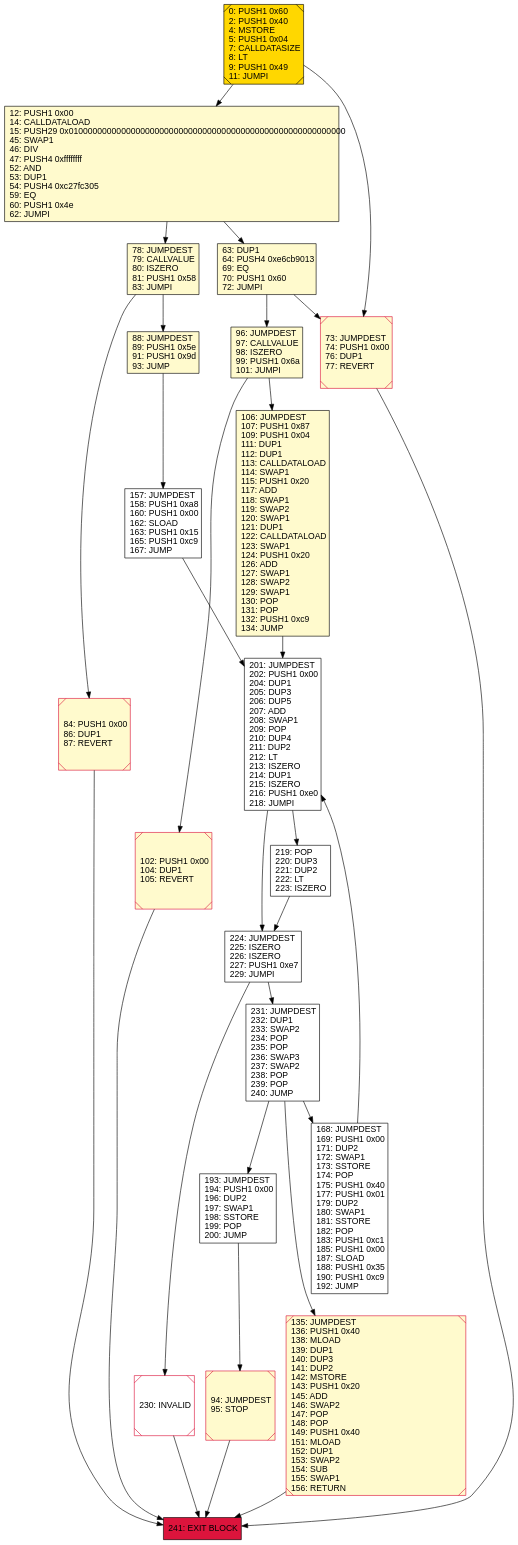
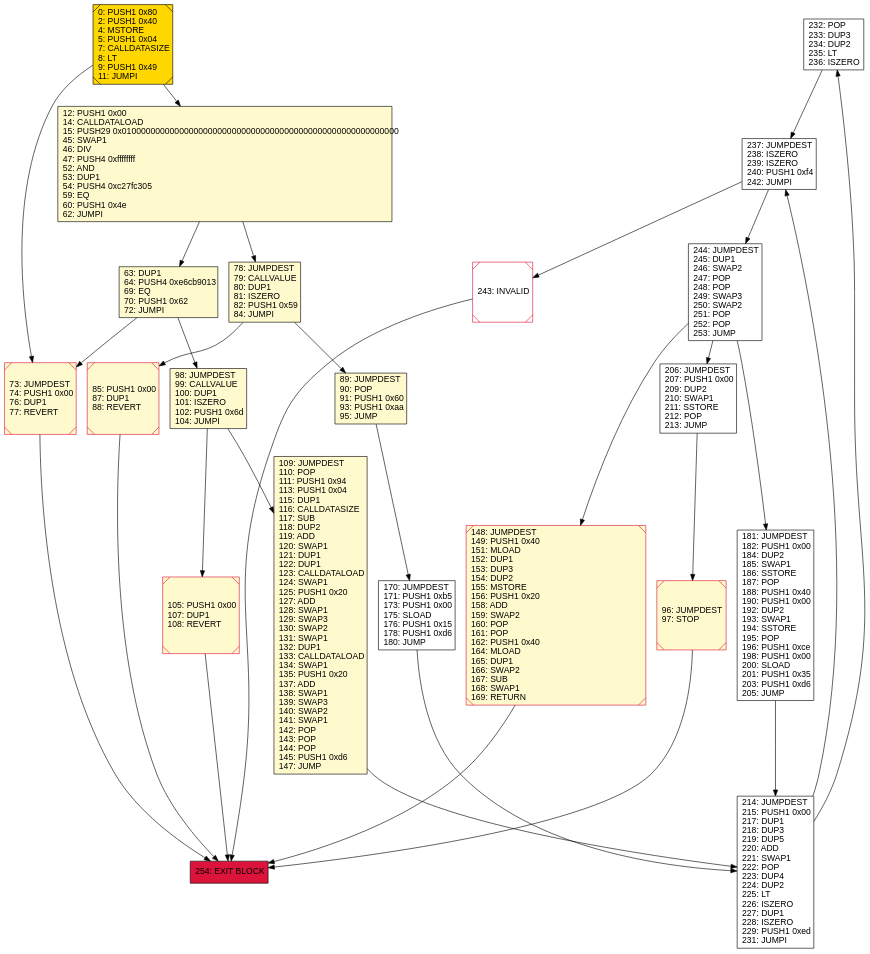
One commit to Michael-LiangAnze/iEvmOpt changed the diagram in iEvmOpt/Cfg/CfgOutput/assertExample_cfg.gv. Above: the diagram before and after it, drawn with Graphviz. The commit also changed 15 other files, not shown here.

```diff
--- a/iEvmOpt/Cfg/CfgOutput/assertExample_cfg.gv
+++ b/iEvmOpt/Cfg/CfgOutput/assertExample_cfg.gv
@@ -1,54 +1,54 @@
 digraph G {
 bgcolor=transparent rankdir=UD;
 node [shape=box style=filled color=black fillcolor=white fontname=arial fontcolor=black];
-201 [label="201: JUMPDEST\l202: PUSH1 0x00\l204: DUP1\l205: DUP3\l206: DUP5\l207: ADD\l208: SWAP1\l209: POP\l210: DUP4\l211: DUP2\l212: LT\l213: ISZERO\l214: DUP1\l215: ISZERO\l216: PUSH1 0xe0\l218: JUMPI\l" ];
-157 [label="157: JUMPDEST\l158: PUSH1 0xa8\l160: PUSH1 0x00\l162: SLOAD\l163: PUSH1 0x15\l165: PUSH1 0xc9\l167: JUMP\l" ];
-102 [label="102: PUSH1 0x00\l104: DUP1\l105: REVERT\l" fillcolor=lemonchiffon shape=Msquare color=crimson ];
-224 [label="224: JUMPDEST\l225: ISZERO\l226: ISZERO\l227: PUSH1 0xe7\l229: JUMPI\l" ];
-94 [label="94: JUMPDEST\l95: STOP\l" fillcolor=lemonchiffon shape=Msquare color=crimson ];
-231 [label="231: JUMPDEST\l232: DUP1\l233: SWAP2\l234: POP\l235: POP\l236: SWAP3\l237: SWAP2\l238: POP\l239: POP\l240: JUMP\l" ];
+232 [label="232: POP\l233: DUP3\l234: DUP2\l235: LT\l236: ISZERO\l" ];
+170 [label="170: JUMPDEST\l171: PUSH1 0xb5\l173: PUSH1 0x00\l175: SLOAD\l176: PUSH1 0x15\l178: PUSH1 0xd6\l180: JUMP\l" ];
+0 [label="0: PUSH1 0x80\l2: PUSH1 0x40\l4: MSTORE\l5: PUSH1 0x04\l7: CALLDATASIZE\l8: LT\l9: PUSH1 0x49\l11: JUMPI\l" fillcolor=lemonchiffon shape=Msquare fillcolor=gold ];
+181 [label="181: JUMPDEST\l182: PUSH1 0x00\l184: DUP2\l185: SWAP1\l186: SSTORE\l187: POP\l188: PUSH1 0x40\l190: PUSH1 0x00\l192: DUP2\l193: SWAP1\l194: SSTORE\l195: POP\l196: PUSH1 0xce\l198: PUSH1 0x00\l200: SLOAD\l201: PUSH1 0x35\l203: PUSH1 0xd6\l205: JUMP\l" ];
+109 [label="109: JUMPDEST\l110: POP\l111: PUSH1 0x94\l113: PUSH1 0x04\l115: DUP1\l116: CALLDATASIZE\l117: SUB\l118: DUP2\l119: ADD\l120: SWAP1\l121: DUP1\l122: DUP1\l123: CALLDATALOAD\l124: SWAP1\l125: PUSH1 0x20\l127: ADD\l128: SWAP1\l129: SWAP3\l130: SWAP2\l131: SWAP1\l132: DUP1\l133: CALLDATALOAD\l134: SWAP1\l135: PUSH1 0x20\l137: ADD\l138: SWAP1\l139: SWAP3\l140: SWAP2\l141: SWAP1\l142: POP\l143: POP\l144: POP\l145: PUSH1 0xd6\l147: JUMP\l" fillcolor=lemonchiffon ];
+148 [label="148: JUMPDEST\l149: PUSH1 0x40\l151: MLOAD\l152: DUP1\l153: DUP3\l154: DUP2\l155: MSTORE\l156: PUSH1 0x20\l158: ADD\l159: SWAP2\l160: POP\l161: POP\l162: PUSH1 0x40\l164: MLOAD\l165: DUP1\l166: SWAP2\l167: SUB\l168: SWAP1\l169: RETURN\l" fillcolor=lemonchiffon shape=Msquare color=crimson ];
+105 [label="105: PUSH1 0x00\l107: DUP1\l108: REVERT\l" fillcolor=lemonchiffon shape=Msquare color=crimson ];
 73 [label="73: JUMPDEST\l74: PUSH1 0x00\l76: DUP1\l77: REVERT\l" fillcolor=lemonchiffon shape=Msquare color=crimson ];
-0 [label="0: PUSH1 0x60\l2: PUSH1 0x40\l4: MSTORE\l5: PUSH1 0x04\l7: CALLDATASIZE\l8: LT\l9: PUSH1 0x49\l11: JUMPI\l" fillcolor=lemonchiffon shape=Msquare fillcolor=gold ];
-63 [label="63: DUP1\l64: PUSH4 0xe6cb9013\l69: EQ\l70: PUSH1 0x60\l72: JUMPI\l" fillcolor=lemonchiffon ];
-241 [label="241: EXIT BLOCK\l" fillcolor=crimson ];
-219 [label="219: POP\l220: DUP3\l221: DUP2\l222: LT\l223: ISZERO\l" ];
-135 [label="135: JUMPDEST\l136: PUSH1 0x40\l138: MLOAD\l139: DUP1\l140: DUP3\l141: DUP2\l142: MSTORE\l143: PUSH1 0x20\l145: ADD\l146: SWAP2\l147: POP\l148: POP\l149: PUSH1 0x40\l151: MLOAD\l152: DUP1\l153: SWAP2\l154: SUB\l155: SWAP1\l156: RETURN\l" fillcolor=lemonchiffon shape=Msquare color=crimson ];
-84 [label="84: PUSH1 0x00\l86: DUP1\l87: REVERT\l" fillcolor=lemonchiffon shape=Msquare color=crimson ];
+214 [label="214: JUMPDEST\l215: PUSH1 0x00\l217: DUP1\l218: DUP3\l219: DUP5\l220: ADD\l221: SWAP1\l222: POP\l223: DUP4\l224: DUP2\l225: LT\l226: ISZERO\l227: DUP1\l228: ISZERO\l229: PUSH1 0xed\l231: JUMPI\l" ];
+243 [label="243: INVALID\l" shape=Msquare color=crimson ];
+98 [label="98: JUMPDEST\l99: CALLVALUE\l100: DUP1\l101: ISZERO\l102: PUSH1 0x6d\l104: JUMPI\l" fillcolor=lemonchiffon ];
+78 [label="78: JUMPDEST\l79: CALLVALUE\l80: DUP1\l81: ISZERO\l82: PUSH1 0x59\l84: JUMPI\l" fillcolor=lemonchiffon ];
+85 [label="85: PUSH1 0x00\l87: DUP1\l88: REVERT\l" fillcolor=lemonchiffon shape=Msquare color=crimson ];
+96 [label="96: JUMPDEST\l97: STOP\l" fillcolor=lemonchiffon shape=Msquare color=crimson ];
+206 [label="206: JUMPDEST\l207: PUSH1 0x00\l209: DUP2\l210: SWAP1\l211: SSTORE\l212: POP\l213: JUMP\l" ];
 12 [label="12: PUSH1 0x00\l14: CALLDATALOAD\l15: PUSH29 0x0100000000000000000000000000000000000000000000000000000000\l45: SWAP1\l46: DIV\l47: PUSH4 0xffffffff\l52: AND\l53: DUP1\l54: PUSH4 0xc27fc305\l59: EQ\l60: PUSH1 0x4e\l62: JUMPI\l" fillcolor=lemonchiffon ];
-230 [label="230: INVALID\l" shape=Msquare color=crimson ];
-96 [label="96: JUMPDEST\l97: CALLVALUE\l98: ISZERO\l99: PUSH1 0x6a\l101: JUMPI\l" fillcolor=lemonchiffon ];
-88 [label="88: JUMPDEST\l89: PUSH1 0x5e\l91: PUSH1 0x9d\l93: JUMP\l" fillcolor=lemonchiffon ];
-193 [label="193: JUMPDEST\l194: PUSH1 0x00\l196: DUP2\l197: SWAP1\l198: SSTORE\l199: POP\l200: JUMP\l" ];
-78 [label="78: JUMPDEST\l79: CALLVALUE\l80: ISZERO\l81: PUSH1 0x58\l83: JUMPI\l" fillcolor=lemonchiffon ];
-168 [label="168: JUMPDEST\l169: PUSH1 0x00\l171: DUP2\l172: SWAP1\l173: SSTORE\l174: POP\l175: PUSH1 0x40\l177: PUSH1 0x01\l179: DUP2\l180: SWAP1\l181: SSTORE\l182: POP\l183: PUSH1 0xc1\l185: PUSH1 0x00\l187: SLOAD\l188: PUSH1 0x35\l190: PUSH1 0xc9\l192: JUMP\l" ];
-106 [label="106: JUMPDEST\l107: PUSH1 0x87\l109: PUSH1 0x04\l111: DUP1\l112: DUP1\l113: CALLDATALOAD\l114: SWAP1\l115: PUSH1 0x20\l117: ADD\l118: SWAP1\l119: SWAP2\l120: SWAP1\l121: DUP1\l122: CALLDATALOAD\l123: SWAP1\l124: PUSH1 0x20\l126: ADD\l127: SWAP1\l128: SWAP2\l129: SWAP1\l130: POP\l131: POP\l132: PUSH1 0xc9\l134: JUMP\l" fillcolor=lemonchiffon ];
-224 -> 231;
-84 -> 241;
+237 [label="237: JUMPDEST\l238: ISZERO\l239: ISZERO\l240: PUSH1 0xf4\l242: JUMPI\l" ];
+244 [label="244: JUMPDEST\l245: DUP1\l246: SWAP2\l247: POP\l248: POP\l249: SWAP3\l250: SWAP2\l251: POP\l252: POP\l253: JUMP\l" ];
+254 [label="254: EXIT BLOCK\l" fillcolor=crimson ];
+89 [label="89: JUMPDEST\l90: POP\l91: PUSH1 0x60\l93: PUSH1 0xaa\l95: JUMP\l" fillcolor=lemonchiffon ];
+63 [label="63: DUP1\l64: PUSH4 0xe6cb9013\l69: EQ\l70: PUSH1 0x62\l72: JUMPI\l" fillcolor=lemonchiffon ];
+237 -> 244;
+12 -> 63;
+78 -> 85;
+98 -> 105;
+98 -> 109;
+85 -> 254;
+96 -> 254;
+109 -> 214;
+244 -> 206;
+78 -> 89;
+63 -> 98;
+63 -> 73;
+214 -> 237;
+237 -> 243;
+148 -> 254;
+89 -> 170;
+206 -> 96;
+170 -> 214;
+0 -> 73;
+181 -> 214;
 12 -> 78;
-135 -> 241;
-78 -> 88;
+214 -> 232;
+73 -> 254;
+243 -> 254;
+105 -> 254;
+232 -> 237;
+244 -> 181;
 0 -> 12;
-12 -> 63;
-193 -> 94;
-224 -> 230;
-231 -> 193;
-219 -> 224;
-0 -> 73;
-63 -> 73;
-88 -> 157;
-168 -> 201;
-96 -> 106;
-157 -> 201;
-78 -> 84;
-230 -> 241;
-201 -> 224;
-63 -> 96;
-201 -> 219;
-231 -> 168;
-102 -> 241;
-94 -> 241;
-73 -> 241;
-96 -> 102;
-231 -> 135;
-106 -> 201;
+244 -> 148;
 }
```
